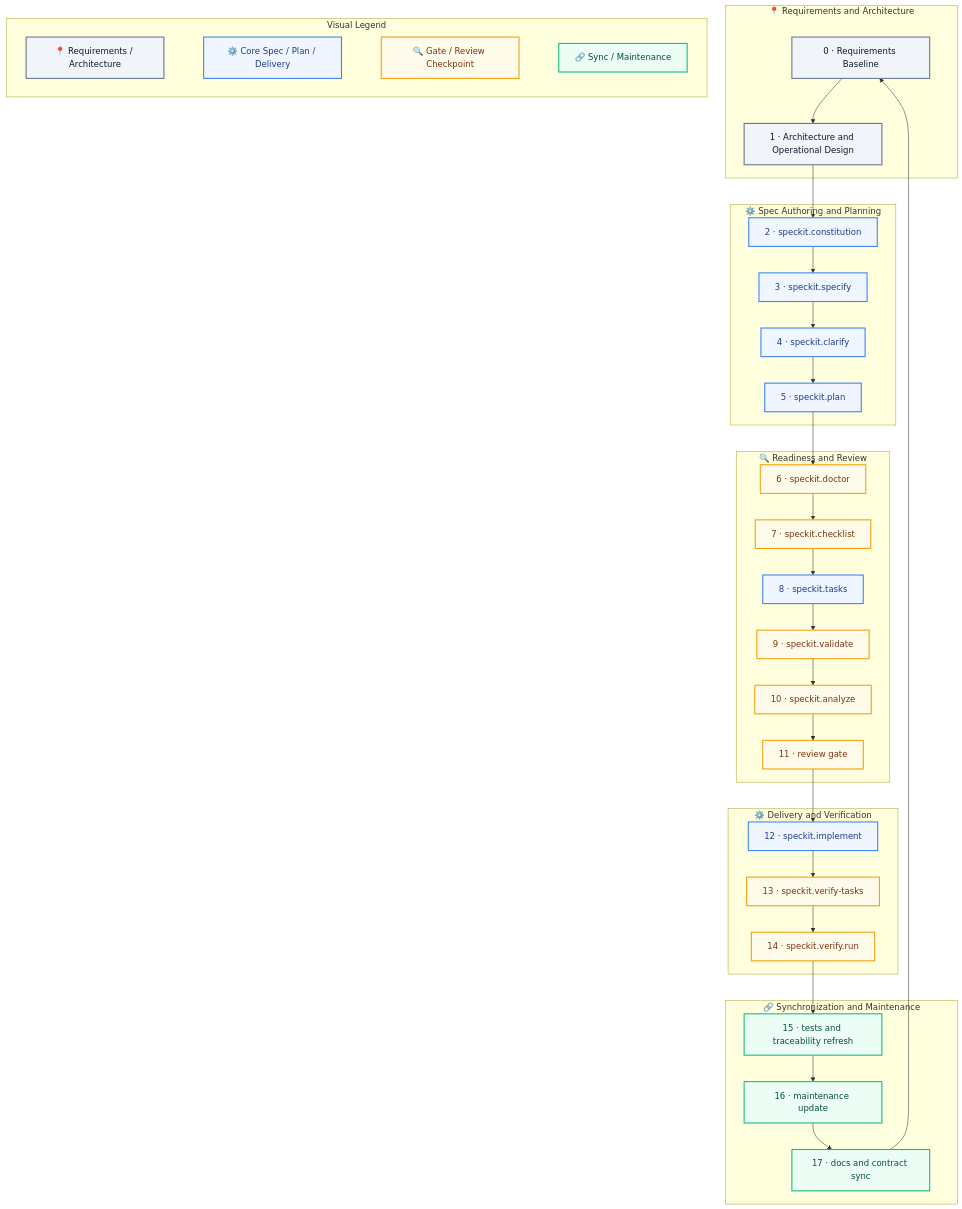
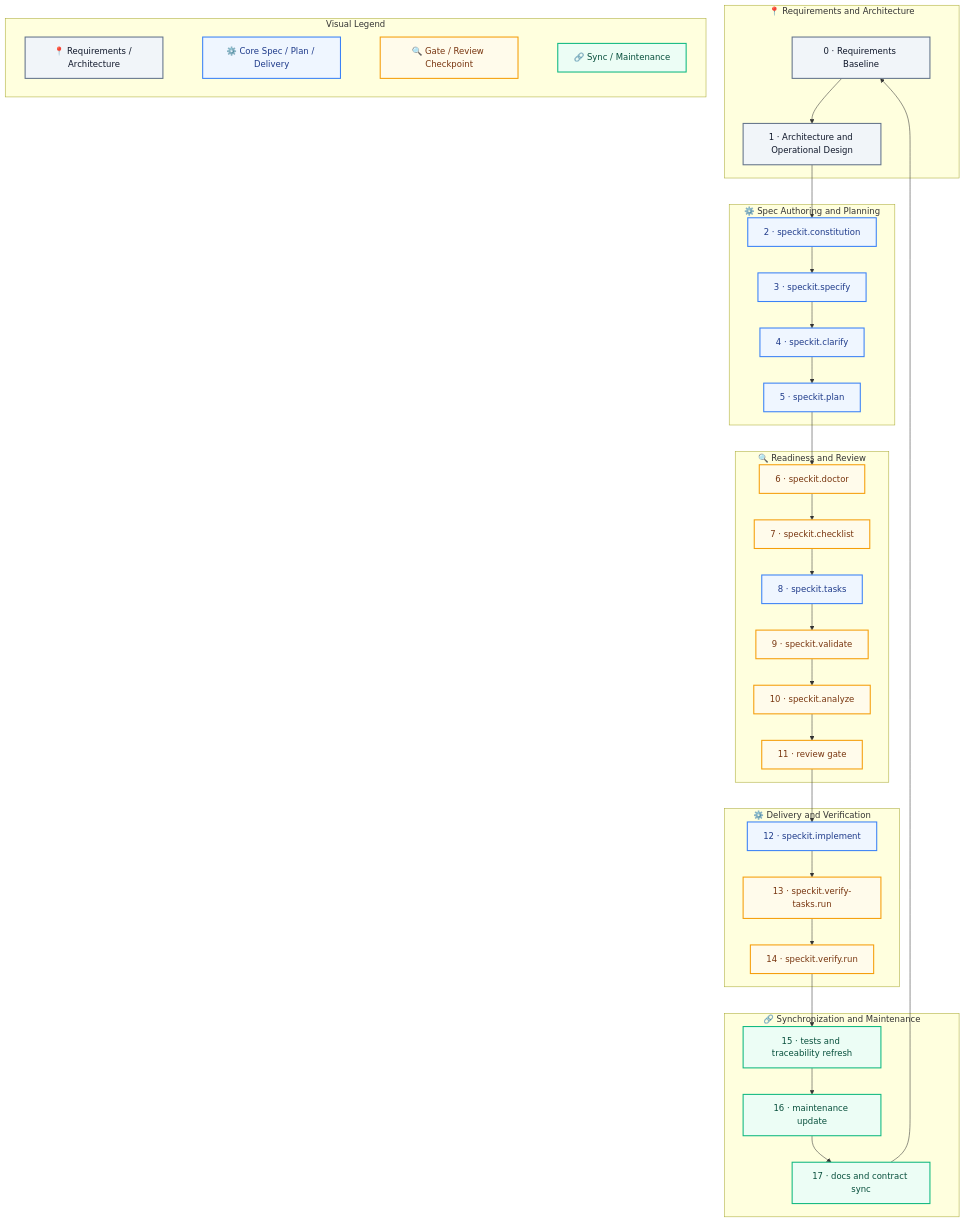
The second of 4 diagrams in docs/spec-driven development (SDD)/spec-kit HOW-TO.md (d-dragon/dp-stock-investment-assistant), drawn with Mermaid before and after one commit. The commit also changed other lines of this file and 9 other files, not shown here.

````diff
--- a/docs/spec-driven development (SDD)/spec-kit HOW-TO.md
+++ b/docs/spec-driven development (SDD)/spec-kit HOW-TO.md
@@ -668,52 +701,52 @@
 ```mermaid
 flowchart TB
   %% 18-Step placement in SDLC Loop
   subgraph F0["📍 Requirements and Architecture"]
     S0["0 · Requirements Baseline"] --> S1["1 · Architecture and Operational Design"]
   end
 
   subgraph F1["⚙️ Spec Authoring and Planning"]
     S2["2 · speckit.constitution"] --> S3["3 · speckit.specify"]
     S3 --> S4["4 · speckit.clarify"] --> S5["5 · speckit.plan"]
   end
 
   subgraph F2["🔍 Readiness and Review"]
     S6["6 · speckit.doctor"] --> S7["7 · speckit.checklist"]
     S7 --> S8["8 · speckit.tasks"] --> S9["9 · speckit.validate"]
     S9 --> S10["10 · speckit.analyze"] --> S11["11 · review gate"]
   end
 
   subgraph F3["⚙️ Delivery and Verification"]
-    S12["12 · speckit.implement"] --> S13["13 · speckit.verify-tasks"]
+    S12["12 · speckit.implement"] --> S13["13 · speckit.verify-tasks.run"]
     S13 --> S14["14 · speckit.verify.run"]
   end
 
   subgraph F4["🔗 Synchronization and Maintenance"]
     S15["15 · tests and traceability refresh"] --> S16["16 · maintenance update"]
     S16 --> S17["17 · docs and contract sync"]
   end
 
   S1 --> S2
   S5 --> S6
   S11 --> S12
   S14 --> S15
   S17 --> S0
 
   %% Legend Subgraph
   subgraph Legend ["Visual Legend"]
     direction LR
     L_F0["📍 Requirements / Architecture"] ~~~ L_F1["⚙️ Core Spec / Plan / Delivery"]
     L_F1 ~~~ L_F2["🔍 Gate / Review Checkpoint"] ~~~ L_F4["🔗 Sync / Maintenance"]
   end
 
   %% Styling Definitions
   classDef neutral fill:#F1F5F9,stroke:#64748B,stroke-width:2px,color:#0F172A;
   classDef core fill:#EFF6FF,stroke:#3B82F6,stroke-width:2px,color:#1E3A8A;
   classDef gate fill:#FFFBEB,stroke:#F59E0B,stroke-width:2px,color:#78350F;
   classDef sync fill:#ECFDF5,stroke:#10B981,stroke-width:2px,color:#064E3B;
 
   class S0,S1,L_F0 neutral;
   class S2,S3,S4,S5,S8,S12,L_F1 core;
   class S6,S7,S9,S10,S11,S13,S14,L_F2 gate;
   class S15,S16,S17,L_F4 sync;
 ```
````
